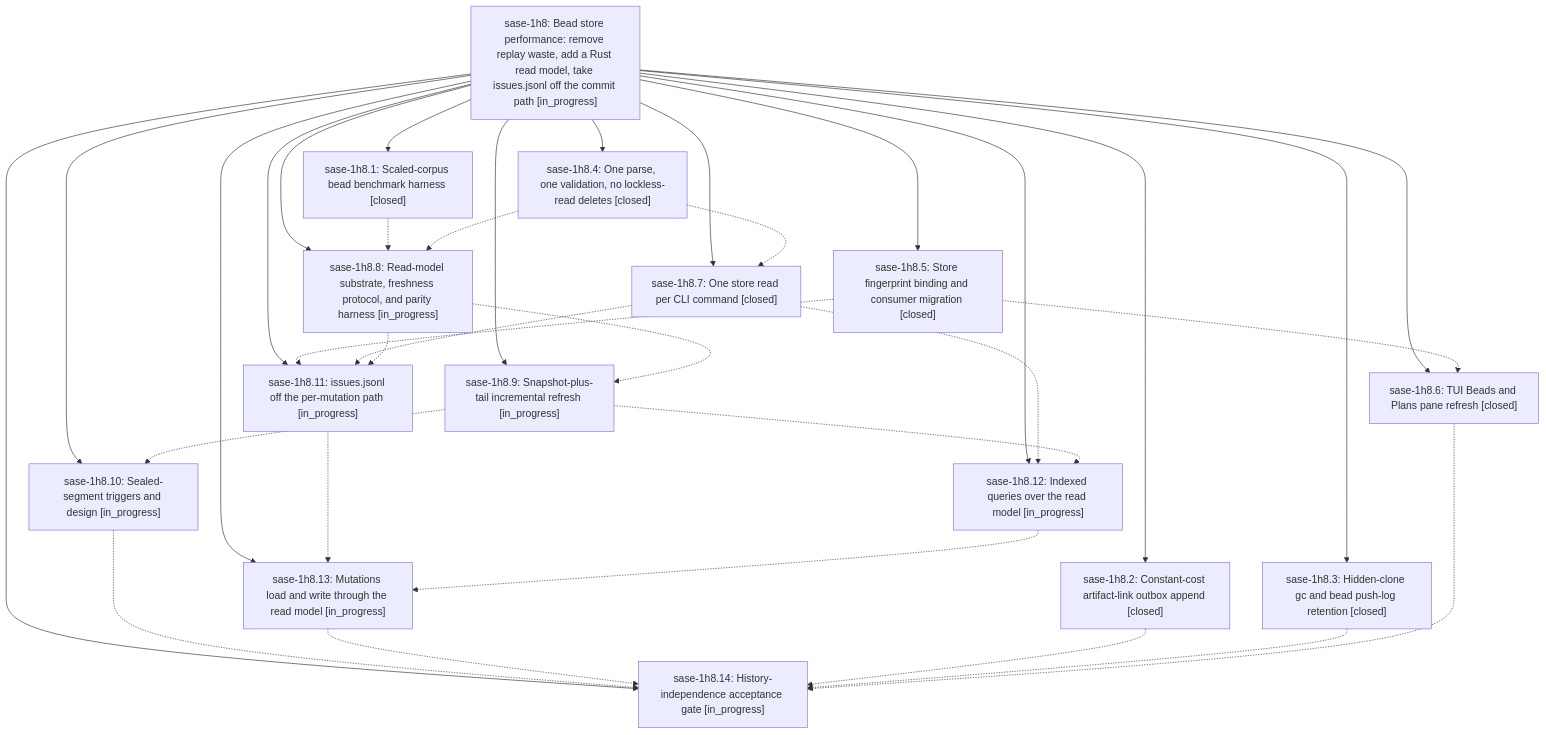
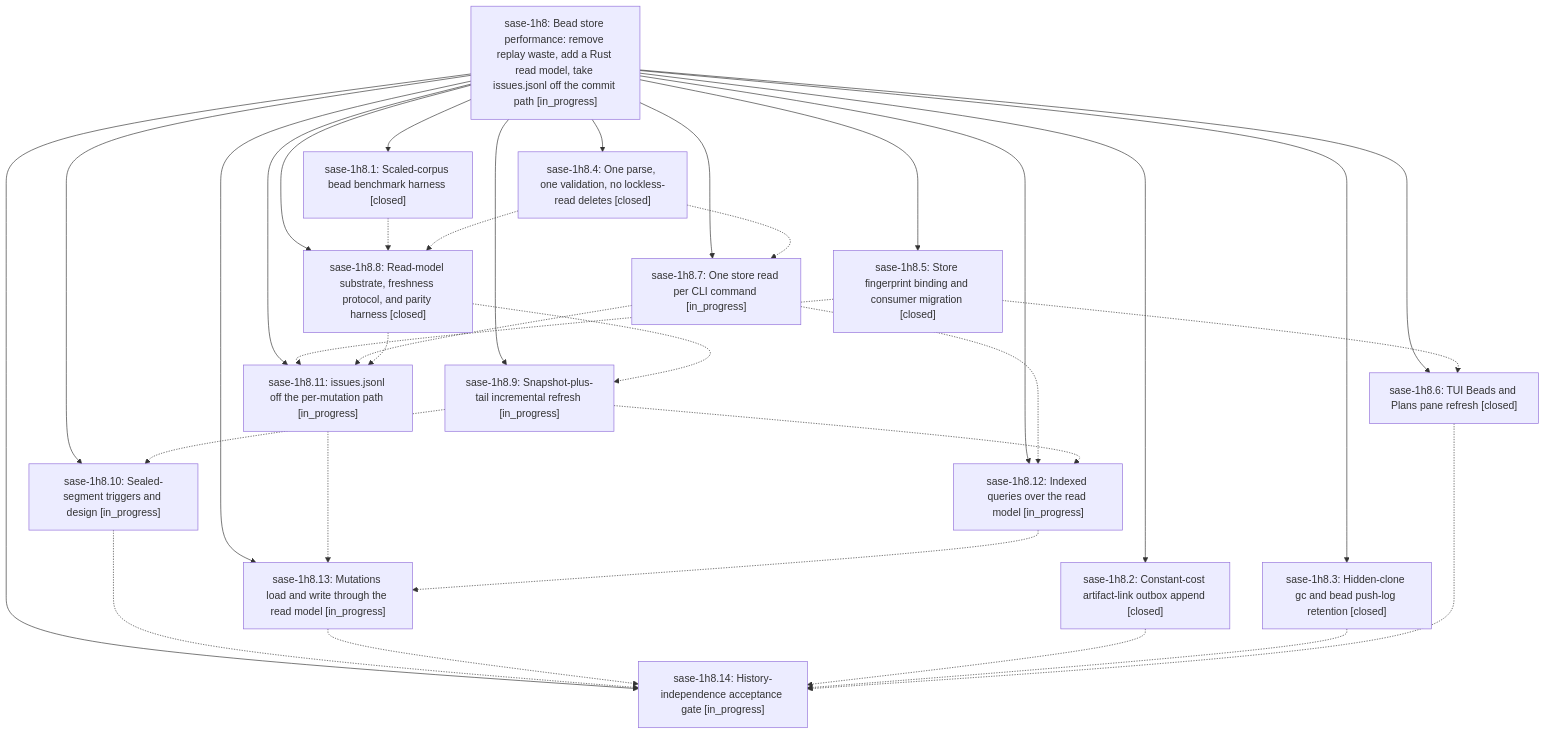
One commit to sase-org/sase--beads changed the diagram in pages/sase-1h8/README.md. Above: the diagram before and after it, drawn with Mermaid. The commit also changed other lines of this file and 8 other files, not shown here.

````diff
--- a/pages/sase-1h8/README.md
+++ b/pages/sase-1h8/README.md
@@ -35,50 +35,50 @@
 ```mermaid
 flowchart TD
     n0["sase-1h8: Bead store performance: remove replay waste, add a Rust read model, take issues.jsonl off the commit path [in_progress]"]
     n1["sase-1h8.1: Scaled-corpus bead benchmark harness [closed]"]
     n2["sase-1h8.10: Sealed-segment triggers and design [in_progress]"]
     n3["sase-1h8.11: issues.jsonl off the per-mutation path [in_progress]"]
     n4["sase-1h8.12: Indexed queries over the read model [in_progress]"]
     n5["sase-1h8.13: Mutations load and write through the read model [in_progress]"]
     n6["sase-1h8.14: History-independence acceptance gate [in_progress]"]
     n7["sase-1h8.2: Constant-cost artifact-link outbox append [closed]"]
     n8["sase-1h8.3: Hidden-clone gc and bead push-log retention [closed]"]
     n9["sase-1h8.4: One parse, one validation, no lockless-read deletes [closed]"]
     n10["sase-1h8.5: Store fingerprint binding and consumer migration [closed]"]
     n11["sase-1h8.6: TUI Beads and Plans pane refresh [closed]"]
-    n12["sase-1h8.7: One store read per CLI command [closed]"]
-    n13["sase-1h8.8: Read-model substrate, freshness protocol, and parity harness [in_progress]"]
+    n12["sase-1h8.7: One store read per CLI command [in_progress]"]
+    n13["sase-1h8.8: Read-model substrate, freshness protocol, and parity harness [closed]"]
     n14["sase-1h8.9: Snapshot-plus-tail incremental refresh [in_progress]"]
     n0 --> n1
     n0 --> n2
     n0 --> n3
     n0 --> n4
     n0 --> n5
     n0 --> n6
     n0 --> n7
     n0 --> n8
     n0 --> n9
     n0 --> n10
     n0 --> n11
     n0 --> n12
     n0 --> n13
     n0 --> n14
     n1 -.-> n13
     n2 -.-> n6
     n3 -.-> n5
     n4 -.-> n5
     n5 -.-> n6
     n7 -.-> n6
     n8 -.-> n6
     n9 -.-> n12
     n9 -.-> n13
     n10 -.-> n3
     n10 -.-> n11
     n11 -.-> n6
     n12 -.-> n3
     n12 -.-> n4
     n13 -.-> n3
     n13 -.-> n14
     n14 -.-> n2
     n14 -.-> n4
 ```
````
